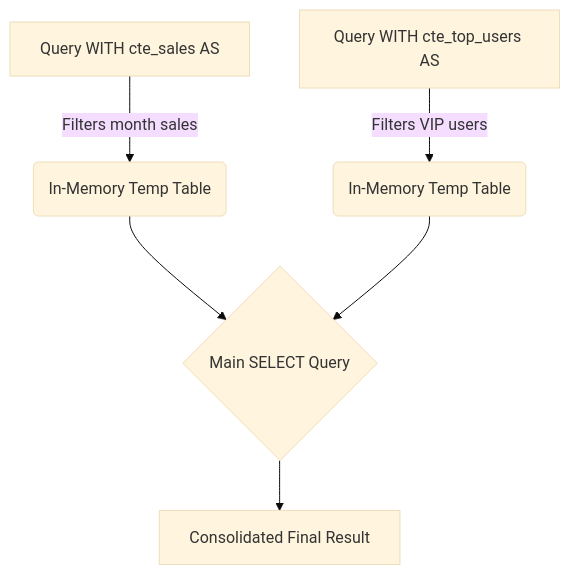
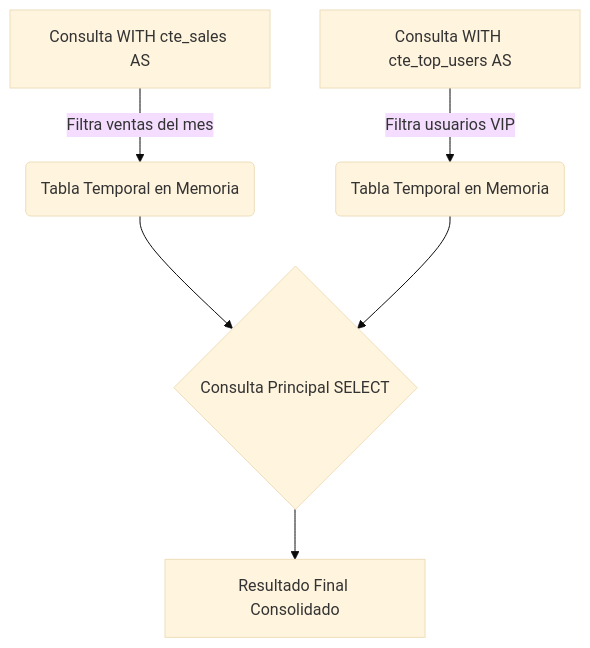
One commit to gjpierp/nmergeia changed the first of 3 diagrams in public/docs/en/postgres_medio.md. Above: the diagram before and after it, drawn with Mermaid (base theme). The commit also changed other lines of this file and 518 other files, not shown here.

````diff
--- a/public/docs/en/postgres_medio.md
+++ b/public/docs/en/postgres_medio.md
@@ -11,8 +11,8 @@
 ```mermaid
 flowchart TD
-    A[Query WITH cte_sales AS] -->|Filters month sales| B(In-Memory Temp Table)
-    C[Query WITH cte_top_users AS] -->|Filters VIP users| D(In-Memory Temp Table)
-    B --> E{Main SELECT Query}
+    A[Consulta WITH cte_sales AS] -->|Filtra ventas del mes| B(Tabla Temporal en Memoria)
+    C[Consulta WITH cte_top_users AS] -->|Filtra usuarios VIP| D(Tabla Temporal en Memoria)
+    B --> E{Consulta Principal SELECT}
     D --> E
-    E --> F[Consolidated Final Result]
+    E --> F[Resultado Final Consolidado]
 ```
````
